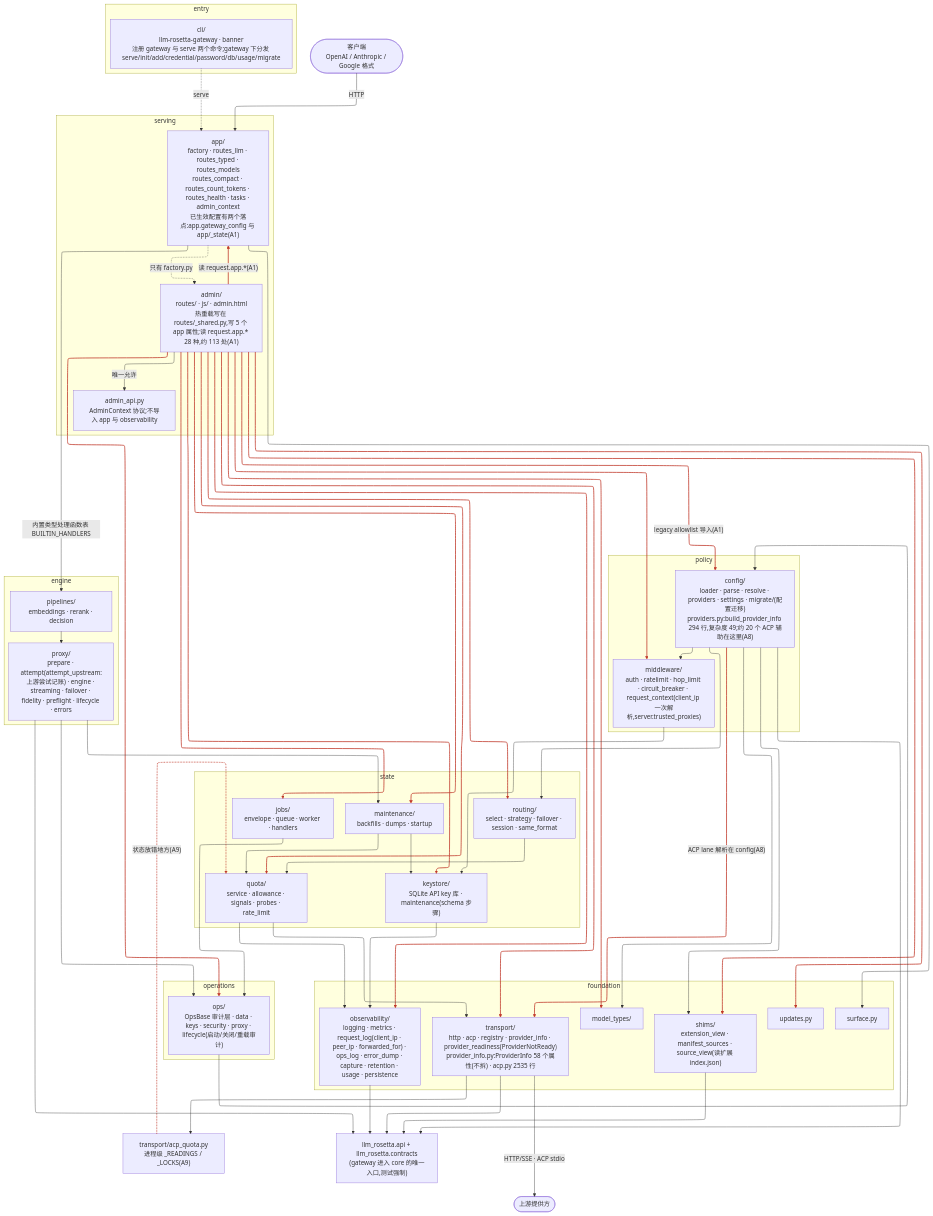
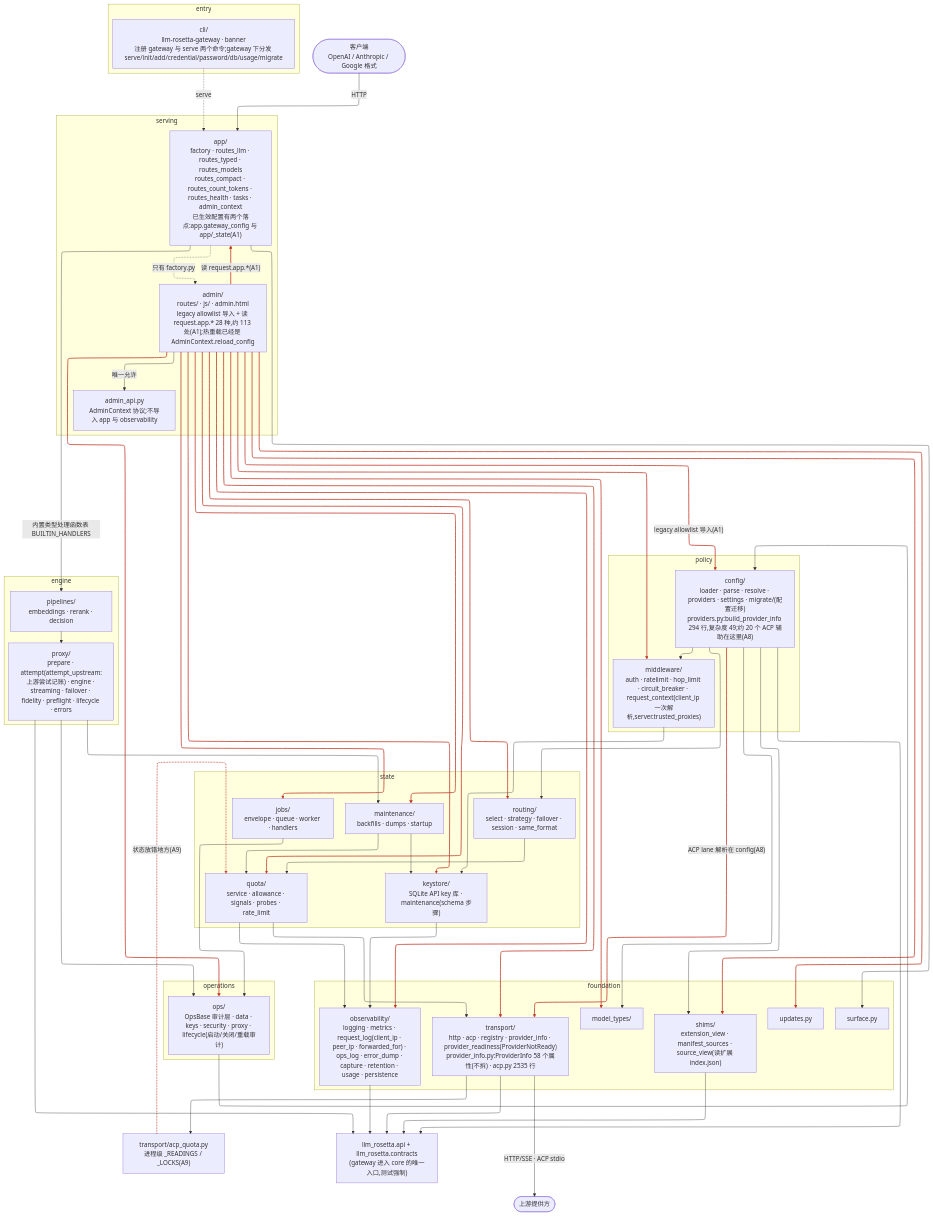
The diagram in gap_actual.mmd (Oaklight/llm-rosetta), drawn with Mermaid before and after one commit. The commit also changed 3 other files, not shown here.

Commit message:
diagrams: hot reload is AdminContext.reload_config; admin red edges follow the live table (#1830 A1 part 1)

```diff
--- a/gap_actual.mmd
+++ b/gap_actual.mmd
@@ -1,89 +1,89 @@
 ---
 config:
   layout: elk
 ---
 flowchart TB
   ACPQ["transport/acp_quota.py<br/>进程级 _READINGS / _LOCKS(A9)"]
   subgraph STATE["state"]
     KEYSTORE["keystore/<br/>SQLite API key 库 · maintenance(schema 步骤)"]
     MAINT["maintenance/<br/>backfills · dumps · startup"]
     JOBS["jobs/<br/>envelope · queue · worker · handlers"]
     QUOTA["quota/<br/>service · allowance · signals · probes · rate_limit"]
     ROUTING["routing/<br/>select · strategy · failover · session · same_format"]
   end
   subgraph POLICY["policy"]
     CONFIG["config/<br/>loader · parse · resolve · providers · settings · migrate/(配置迁移)<br/>providers.py:build_provider_info 294 行,复杂度 49;约 20 个 ACP 辅助在这里(A8)"]
     MW["middleware/<br/>auth · ratelimit · hop_limit · circuit_breaker · request_context(client_ip 一次解析,server.trusted_proxies)"]
   end
   subgraph FOUNDATION["foundation"]
     TRANSPORT["transport/<br/>http · acp · registry · provider_info · provider_readiness(ProviderNotReady)<br/>provider_info.py:ProviderInfo 58 个属性(不拆) · acp.py 2535 行"]
     SURF["surface.py"]
     OBS["observability/<br/>logging · metrics · request_log(client_ip · peer_ip · forwarded_for) · ops_log · error_dump · capture · retention · usage · persistence"]
     UPD["updates.py"]
     MT["model_types/"]
     SHIMS["shims/<br/>extension_view · manifest_sources · source_view(读扩展 index.json)"]
   end
   subgraph ENGINE["engine"]
     PROXY["proxy/<br/>prepare · attempt(attempt_upstream:上游尝试记账) · engine · streaming · failover · fidelity · preflight · lifecycle · errors"]
     PIPES["pipelines/<br/>embeddings · rerank · decision"]
   end
   subgraph OPERATIONS["operations"]
     OPS["ops/<br/>OpsBase 审计层 · data · keys · security · proxy · lifecycle(启动/关闭/重载审计)"]
   end
   subgraph ENTRY["entry"]
     CLI["cli/<br/>llm-rosetta-gateway · banner<br/>注册 gateway 与 serve 两个命令;gateway 下分发 serve/init/add/credential/password/db/usage/migrate"]
   end
   CLIENT(["客户端<br/>OpenAI / Anthropic / Google 格式"])
   CORE["llm_rosetta.api + llm_rosetta.contracts<br/>(gateway 进入 core 的唯一入口,测试强制)"]
   UP(["上游提供方"])
   subgraph SERVING["serving"]
     ADMINAPI["admin_api.py<br/>AdminContext 协议;不导入 app 与 observability"]
-    ADMIN["admin/<br/>routes/ · js/ · admin.html<br/>热重载写在 routes/_shared.py,写 5 个 app 属性;读 request.app.* 28 种,约 113 处(A1)"]
+    ADMIN["admin/<br/>routes/ · js/ · admin.html<br/>legacy allowlist 导入 + 读 request.app.* 28 种,约 113 处(A1);热重载已经是 AdminContext.reload_config"]
     APP["app/<br/>factory · routes_llm · routes_typed · routes_models<br/>routes_compact · routes_count_tokens · routes_health · tasks · admin_context<br/>已生效配置有两个落点:app.gateway_config 与 app/_state(A1)"]
   end
   ADMIN -->|"唯一允许"| ADMINAPI
   ADMIN -->|"legacy allowlist 导入(A1)"| CONFIG
   ADMIN --> JOBS
   ADMIN --> KEYSTORE
   ADMIN --> MAINT
   ADMIN --> MW
   ADMIN --> MT
   ADMIN --> OBS
   ADMIN --> OPS
   ADMIN --> QUOTA
   ADMIN --> ROUTING
   ADMIN --> SHIMS
   ADMIN --> TRANSPORT
   ADMIN --> UPD
   APP -.->|"只有 factory.py"| ADMIN
   APP -->|"内置类型处理函数表 BUILTIN_HANDLERS"| PIPES
   APP --> SURF
   CLI -.->|"serve"| APP
   CONFIG --> MW
   CONFIG --> MT
   CONFIG --> ROUTING
   CONFIG --> SHIMS
   CONFIG -->|"ACP lane 解析在 config(A8)"| TRANSPORT
   JOBS --> OPS
   KEYSTORE --> OBS
   MAINT --> KEYSTORE
   MAINT --> QUOTA
   MW --> KEYSTORE
   OPS --> CONFIG
   PIPES --> PROXY
   PROXY --> MAINT
   PROXY --> OPS
   QUOTA --> OBS
   QUOTA --> TRANSPORT
   ROUTING --> QUOTA
   ADMIN -->|"读 request.app.*(A1)"| APP
   TRANSPORT --> ACPQ
   ACPQ -.->|"状态放错地方(A9)"| QUOTA
   CONFIG --> CORE
   TRANSPORT -->|HTTP/SSE · ACP stdio| UP
   OBS --> CORE
   SHIMS --> CORE
   TRANSPORT --> CORE
   CLIENT -->|HTTP| APP
   PROXY --> CORE
   linkStyle 1,2,3,4,5,6,7,8,9,10,11,12,13,22,35,37 stroke:#c0392b,stroke-width:2px
```
